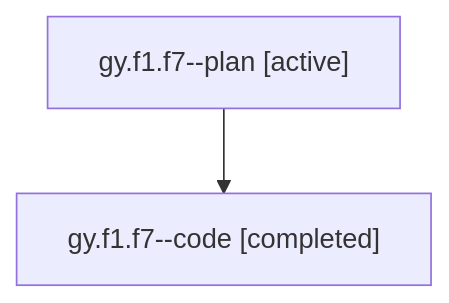
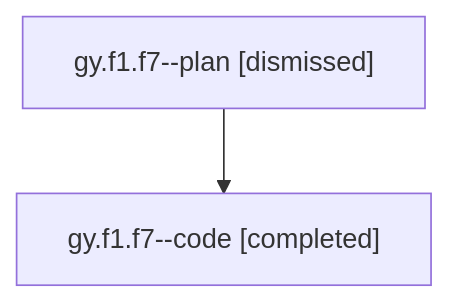
One commit to sase-org/sase--agents changed the diagram in sessions/bbugyi200.athena.gy.f1.f7.md. Above: the diagram before and after it, drawn with Mermaid. The commit also changed other lines of this file and 74 other files, not shown here.

````diff
--- a/sessions/bbugyi200.athena.gy.f1.f7.md
+++ b/sessions/bbugyi200.athena.gy.f1.f7.md
@@ -9,6 +9,6 @@
 ```mermaid
 flowchart TD
-  n0["gy.f1.f7--plan [active]"]
+  n0["gy.f1.f7--plan [dismissed]"]
   n1["gy.f1.f7--code [completed]"]
   n0 --> n1
 ```
````
